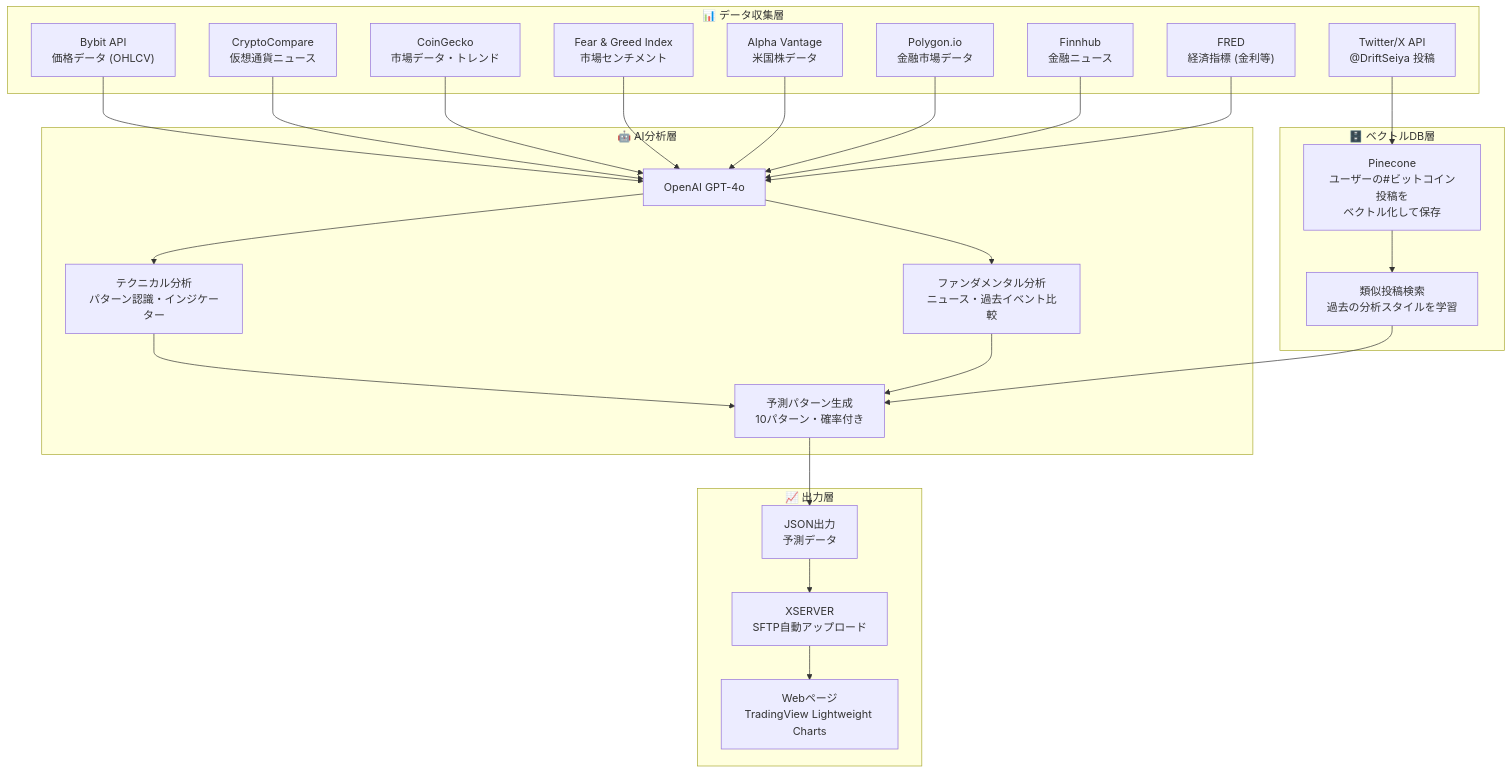
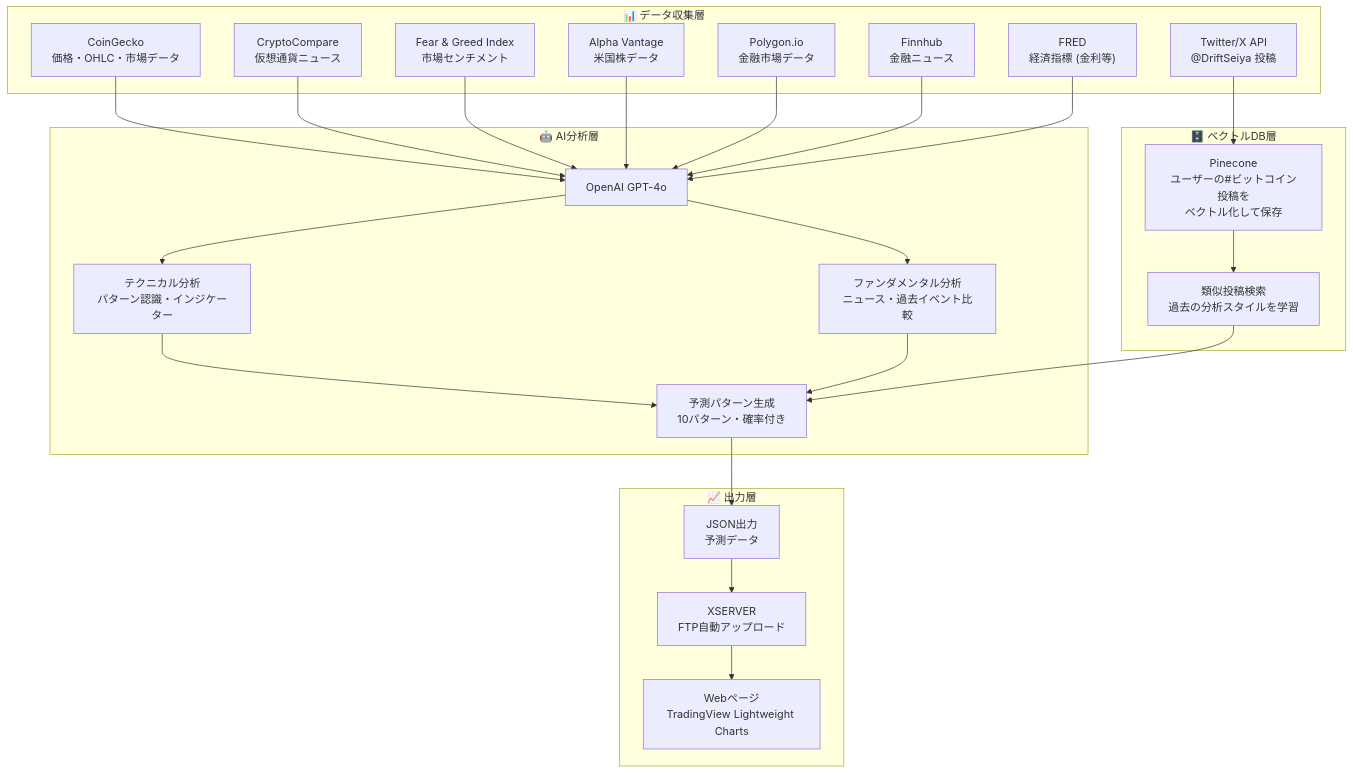
One commit to office8-inc/btc-investment-strategy changed the first of 3 diagrams in .github/README.md. Above: the diagram before and after it, drawn with Mermaid. The commit also changed other lines of this file and 8 other files, not shown here.

````diff
--- a/.github/README.md
+++ b/.github/README.md
@@ -18,53 +19,51 @@
 ```mermaid
 flowchart TB
     subgraph DataCollection["📊 データ収集層"]
-        Bybit["Bybit API<br/>価格データ (OHLCV)"]
+        CoinGecko["CoinGecko<br/>価格・OHLC・市場データ"]
         Twitter["Twitter/X API<br/>@DriftSeiya 投稿"]
         CryptoNews["CryptoCompare<br/>仮想通貨ニュース"]
-        CoinGecko["CoinGecko<br/>市場データ・トレンド"]
         FearGreed["Fear & Greed Index<br/>市場センチメント"]
         AlphaVantage["Alpha Vantage<br/>米国株データ"]
         Polygon["Polygon.io<br/>金融市場データ"]
         Finnhub["Finnhub<br/>金融ニュース"]
         FRED["FRED<br/>経済指標 (金利等)"]
     end
 
     subgraph AIAnalysis["🤖 AI分析層"]
         OpenAI["OpenAI GPT-4o"]
         Technical["テクニカル分析<br/>パターン認識・インジケーター"]
         Fundamental["ファンダメンタル分析<br/>ニュース・過去イベント比較"]
         Predictor["予測パターン生成<br/>10パターン・確率付き"]
     end
 
     subgraph VectorDB["🗄️ ベクトルDB層"]
         Pinecone["Pinecone<br/>ユーザーの#ビットコイン投稿を<br/>ベクトル化して保存"]
         SimilarSearch["類似投稿検索<br/>過去の分析スタイルを学習"]
     end
 
     subgraph Output["📈 出力層"]
         JSON["JSON出力<br/>予測データ"]
-        XSERVER["XSERVER<br/>SFTP自動アップロード"]
+        XSERVER["XSERVER<br/>FTP自動アップロード"]
         WebChart["Webページ<br/>TradingView Lightweight Charts"]
     end
 
-    Bybit --> OpenAI
+    CoinGecko --> OpenAI
     Twitter --> Pinecone
     CryptoNews --> OpenAI
-    CoinGecko --> OpenAI
     FearGreed --> OpenAI
     AlphaVantage --> OpenAI
     Polygon --> OpenAI
     Finnhub --> OpenAI
     FRED --> OpenAI
     
     OpenAI --> Technical
     OpenAI --> Fundamental
     Technical --> Predictor
     Fundamental --> Predictor
     Pinecone --> SimilarSearch
     SimilarSearch --> Predictor
     
     Predictor --> JSON
     JSON --> XSERVER
     XSERVER --> WebChart
 ```
````
